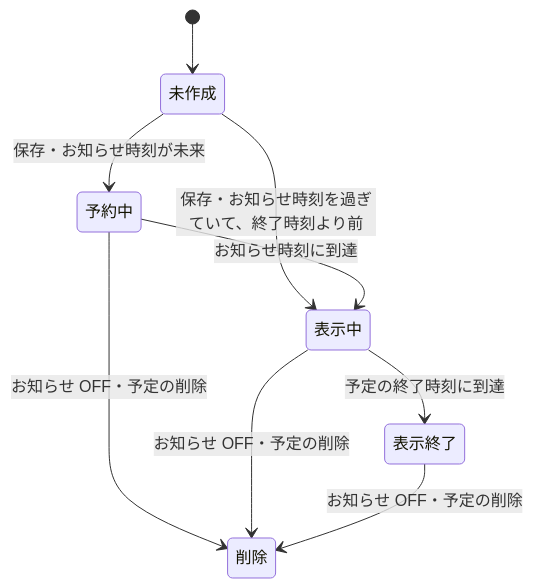
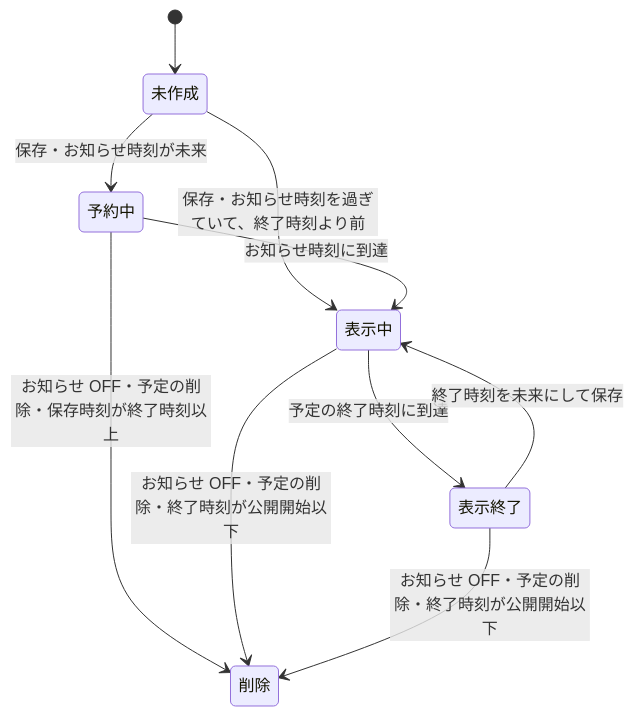
Before and after one commit to panicboat/monorepo: the diagram in dystopia/docs/features/schedules.md, drawn with Mermaid. The commit also changed other lines of this file and 12 other files, not shown here.

````diff
--- a/dystopia/docs/features/schedules.md
+++ b/dystopia/docs/features/schedules.md
@@ -69,11 +69,12 @@
 ```mermaid
 stateDiagram-v2
     [*] --> 未作成
     未作成 --> 予約中: 保存・お知らせ時刻が未来
     未作成 --> 表示中: 保存・お知らせ時刻を過ぎていて、終了時刻より前
     予約中 --> 表示中: お知らせ時刻に到達
     表示中 --> 表示終了: 予定の終了時刻に到達
-    予約中 --> 削除: お知らせ OFF・予定の削除
-    表示中 --> 削除: お知らせ OFF・予定の削除
-    表示終了 --> 削除: お知らせ OFF・予定の削除
+    表示終了 --> 表示中: 終了時刻を未来にして保存
+    予約中 --> 削除: お知らせ OFF・予定の削除・保存時刻が終了時刻以上
+    表示中 --> 削除: お知らせ OFF・予定の削除・終了時刻が公開開始以下
+    表示終了 --> 削除: お知らせ OFF・予定の削除・終了時刻が公開開始以下
 ```
````
